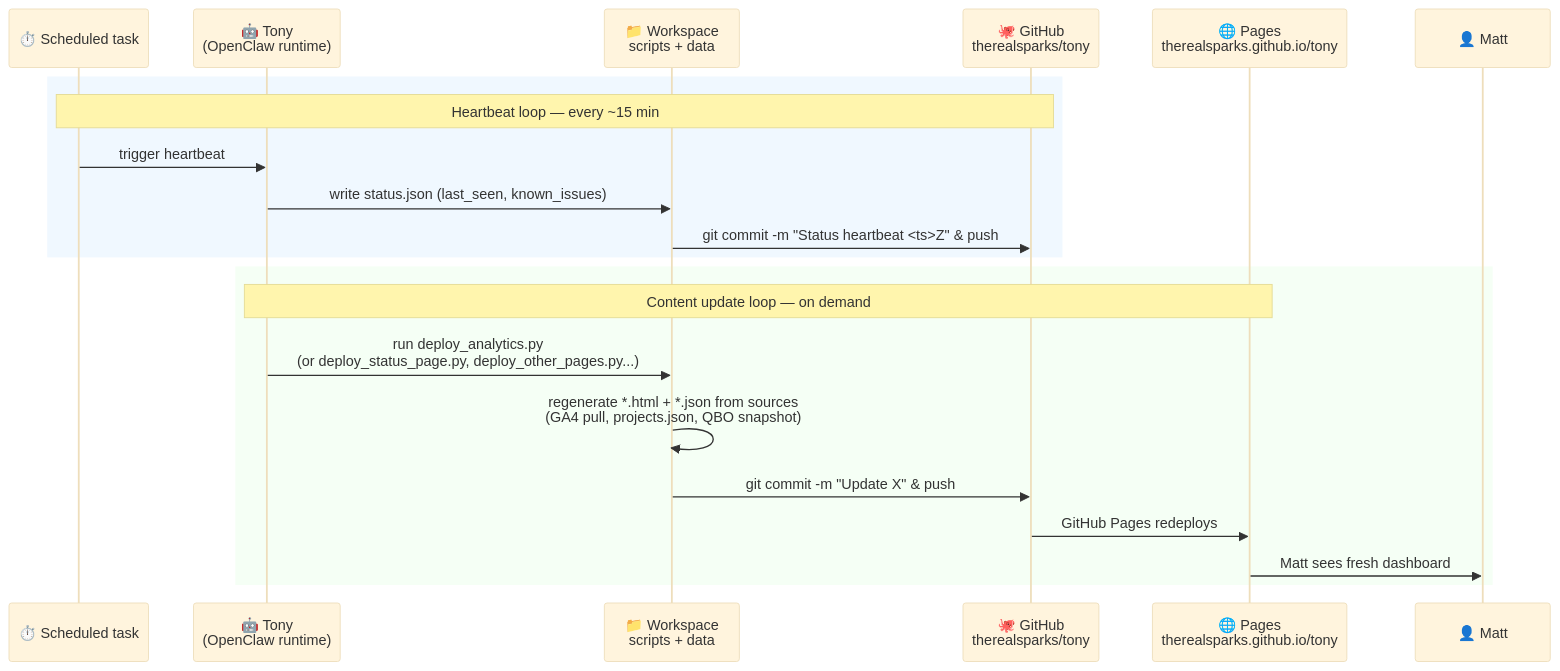
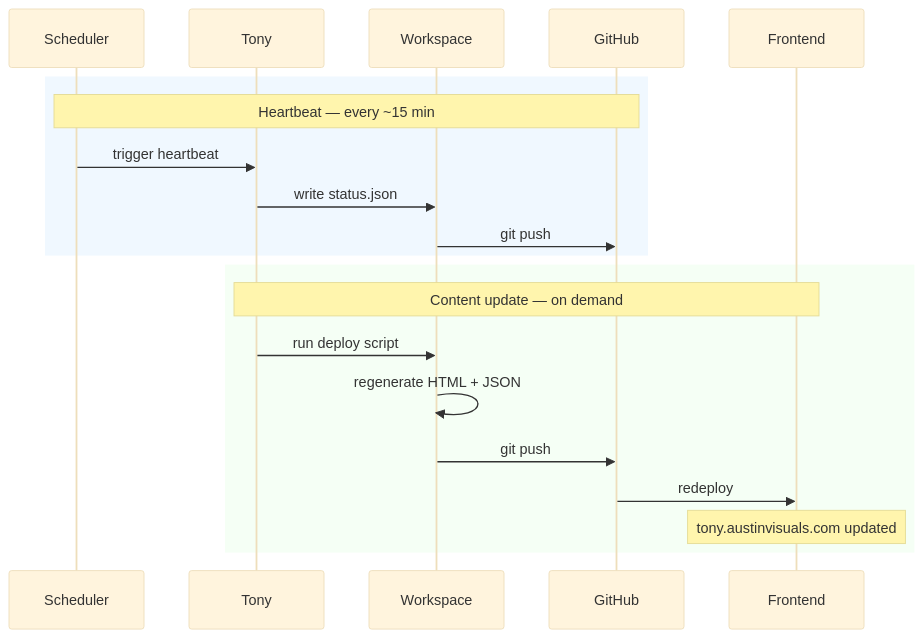
The diagram in architecture/02-publish-loop.md (therealsparks/tony-docs), drawn with Mermaid (base theme) before and after one commit. The commit also changed other lines of this file and 6 other files, not shown here.

Commit message:
Refactor architecture diagrams: backend/frontend framing, cleaner labels, tony.austinvisuals.com

````diff
--- a/architecture/02-publish-loop.md
+++ b/architecture/02-publish-loop.md
@@ -7,25 +7,24 @@
 ```mermaid
 sequenceDiagram
-    participant C as ⏱️ Scheduled task
-    participant T as 🤖 Tony<br/>(OpenClaw runtime)
-    participant W as 📁 Workspace<br/>scripts + data
-    participant G as 🐙 GitHub<br/>therealsparks/tony
-    participant P as 🌐 Pages<br/>therealsparks.github.io/tony
-    participant M as 👤 Matt
+    participant C as Scheduler
+    participant T as Tony
+    participant W as Workspace
+    participant G as GitHub
+    participant P as Frontend
 
     rect rgb(240, 248, 255)
-    Note over C,G: Heartbeat loop — every ~15 min
+    Note over C,G: Heartbeat — every ~15 min
     C->>T: trigger heartbeat
-    T->>W: write status.json (last_seen, known_issues)
-    W->>G: git commit -m "Status heartbeat <ts>Z" & push
+    T->>W: write status.json
+    W->>G: git push
     end
 
     rect rgb(245, 255, 245)
-    Note over T,P: Content update loop — on demand
-    T->>W: run deploy_analytics.py<br/>(or deploy_status_page.py, deploy_other_pages.py...)
-    W->>W: regenerate *.html + *.json from sources<br/>(GA4 pull, projects.json, QBO snapshot)
-    W->>G: git commit -m "Update X" & push
-    G->>P: GitHub Pages redeploys
-    P->>M: Matt sees fresh dashboard
+    Note over T,P: Content update — on demand
+    T->>W: run deploy script
+    W->>W: regenerate HTML + JSON
+    W->>G: git push
+    G->>P: redeploy
+    Note over P: tony.austinvisuals.com updated
     end
 ```
````
